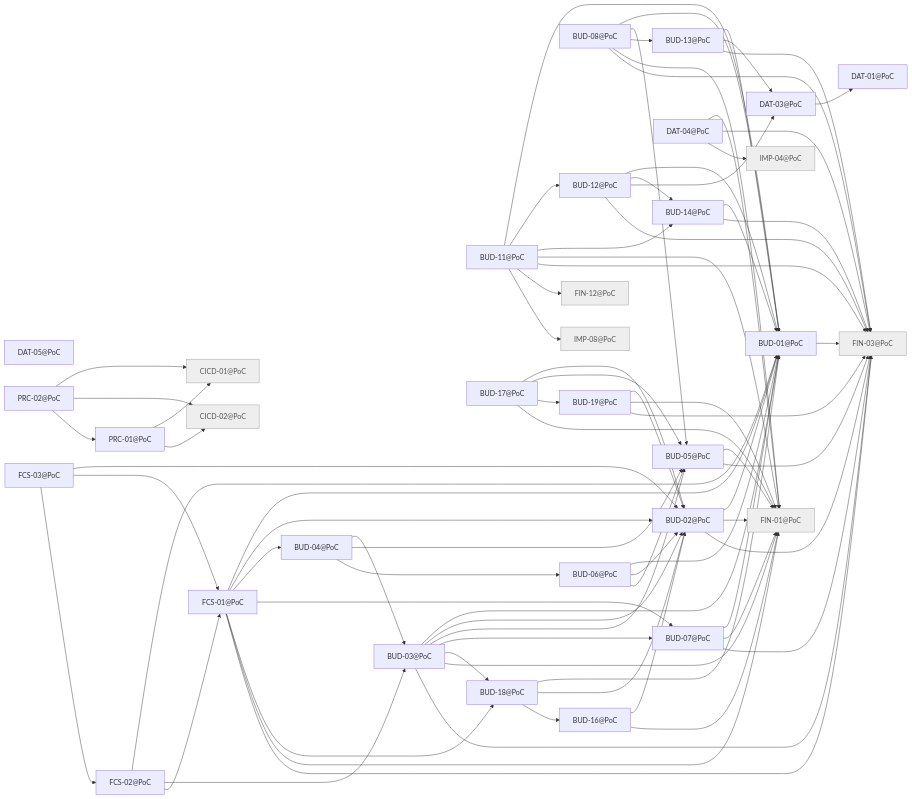
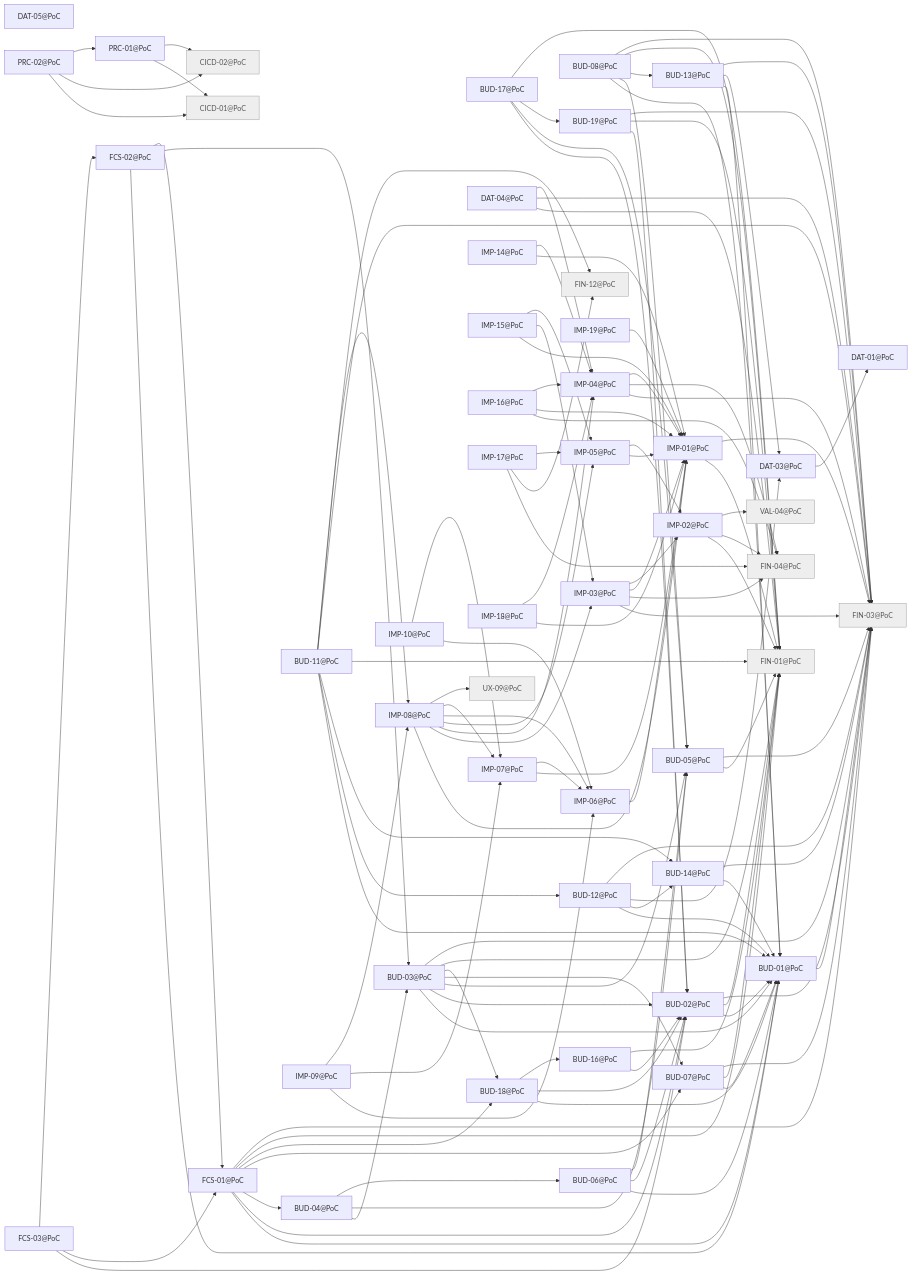
One commit to minakovval/Willowsum changed the diagram in docs/traceability/release-poc.md. Above: the diagram before and after it, drawn with Mermaid. The commit also changed other lines of this file and 60 other files, not shown here.

````diff
--- a/docs/traceability/release-poc.md
+++ b/docs/traceability/release-poc.md
@@ -67,11 +83,28 @@
   FCS_03_PoC["FCS-03@PoC"]
   FIN_01_PoC["FIN-01@PoC"]
   FIN_03_PoC["FIN-03@PoC"]
+  FIN_04_PoC["FIN-04@PoC"]
   FIN_12_PoC["FIN-12@PoC"]
+  IMP_01_PoC["IMP-01@PoC"]
+  IMP_02_PoC["IMP-02@PoC"]
+  IMP_03_PoC["IMP-03@PoC"]
   IMP_04_PoC["IMP-04@PoC"]
+  IMP_05_PoC["IMP-05@PoC"]
+  IMP_06_PoC["IMP-06@PoC"]
+  IMP_07_PoC["IMP-07@PoC"]
   IMP_08_PoC["IMP-08@PoC"]
+  IMP_09_PoC["IMP-09@PoC"]
+  IMP_10_PoC["IMP-10@PoC"]
+  IMP_14_PoC["IMP-14@PoC"]
+  IMP_15_PoC["IMP-15@PoC"]
+  IMP_16_PoC["IMP-16@PoC"]
+  IMP_17_PoC["IMP-17@PoC"]
+  IMP_18_PoC["IMP-18@PoC"]
+  IMP_19_PoC["IMP-19@PoC"]
   PRC_01_PoC["PRC-01@PoC"]
   PRC_02_PoC["PRC-02@PoC"]
+  UX_09_PoC["UX-09@PoC"]
+  VAL_04_PoC["VAL-04@PoC"]
   BUD_01_PoC --> FIN_03_PoC
   BUD_02_PoC --> BUD_01_PoC
   BUD_02_PoC --> FIN_01_PoC
@@ -144,11 +177,54 @@
   FCS_03_PoC --> BUD_02_PoC
   FCS_03_PoC --> FCS_01_PoC
   FCS_03_PoC --> FCS_02_PoC
+  IMP_01_PoC --> FIN_01_PoC
+  IMP_01_PoC --> FIN_03_PoC
+  IMP_02_PoC --> FIN_01_PoC
+  IMP_02_PoC --> FIN_04_PoC
+  IMP_02_PoC --> VAL_04_PoC
+  IMP_03_PoC --> FIN_03_PoC
+  IMP_03_PoC --> FIN_04_PoC
+  IMP_03_PoC --> IMP_01_PoC
+  IMP_03_PoC --> IMP_02_PoC
+  IMP_04_PoC --> FIN_03_PoC
+  IMP_04_PoC --> FIN_04_PoC
+  IMP_04_PoC --> IMP_01_PoC
+  IMP_05_PoC --> IMP_01_PoC
+  IMP_05_PoC --> IMP_02_PoC
+  IMP_06_PoC --> IMP_01_PoC
+  IMP_07_PoC --> IMP_01_PoC
+  IMP_07_PoC --> IMP_06_PoC
+  IMP_08_PoC --> IMP_01_PoC
+  IMP_08_PoC --> IMP_03_PoC
+  IMP_08_PoC --> IMP_04_PoC
+  IMP_08_PoC --> IMP_05_PoC
+  IMP_08_PoC --> IMP_06_PoC
+  IMP_08_PoC --> IMP_07_PoC
+  IMP_08_PoC --> UX_09_PoC
+  IMP_09_PoC --> IMP_06_PoC
+  IMP_09_PoC --> IMP_07_PoC
+  IMP_09_PoC --> IMP_08_PoC
+  IMP_10_PoC --> IMP_06_PoC
+  IMP_10_PoC --> IMP_07_PoC
+  IMP_14_PoC --> IMP_01_PoC
+  IMP_14_PoC --> IMP_04_PoC
+  IMP_15_PoC --> IMP_01_PoC
+  IMP_15_PoC --> IMP_03_PoC
+  IMP_15_PoC --> IMP_05_PoC
+  IMP_16_PoC --> FIN_04_PoC
+  IMP_16_PoC --> IMP_01_PoC
+  IMP_16_PoC --> IMP_04_PoC
+  IMP_17_PoC --> FIN_04_PoC
+  IMP_17_PoC --> FIN_12_PoC
+  IMP_17_PoC --> IMP_05_PoC
+  IMP_18_PoC --> IMP_01_PoC
+  IMP_18_PoC --> IMP_04_PoC
+  IMP_19_PoC --> IMP_01_PoC
   PRC_01_PoC --> CICD_01_PoC
   PRC_01_PoC --> CICD_02_PoC
   PRC_02_PoC --> CICD_01_PoC
   PRC_02_PoC --> CICD_02_PoC
   PRC_02_PoC --> PRC_01_PoC
   classDef notMigrated fill:#eee,stroke:#999,color:#555
-  class CICD_01_PoC,CICD_02_PoC,FIN_01_PoC,FIN_03_PoC,FIN_12_PoC,IMP_04_PoC,IMP_08_PoC notMigrated
+  class CICD_01_PoC,CICD_02_PoC,FIN_01_PoC,FIN_03_PoC,FIN_04_PoC,FIN_12_PoC,UX_09_PoC,VAL_04_PoC notMigrated
 ```
````
